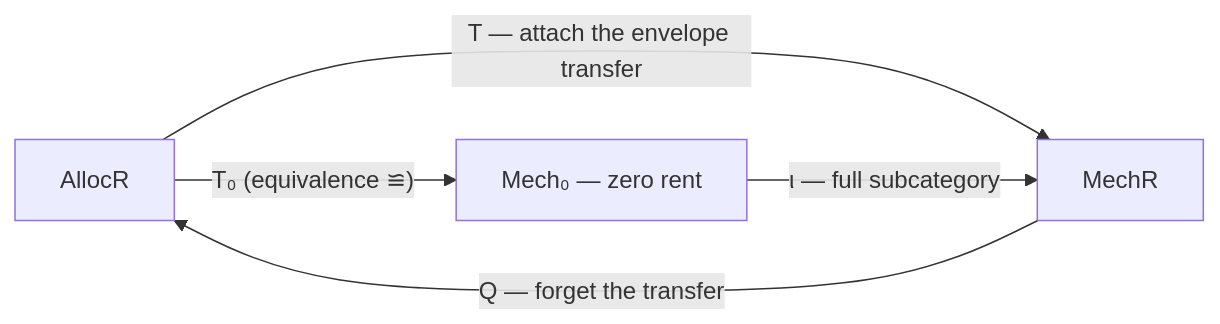
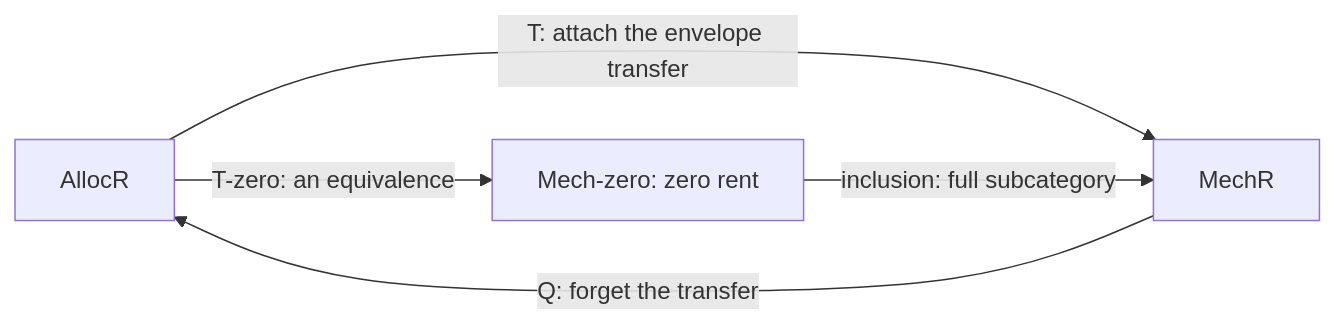
Before and after one commit to sanderrenes/myerson-mirrlees-adjunction-palomar-format: the third of 3 diagrams in README.md, drawn with Mermaid. The commit also changed other lines of this file and 1 other file, not shown here.

First line of the commit message:
README: simplify Mermaid graphs so edges render on GitHub

````diff
--- a/README.md
+++ b/README.md
@@ -182,10 +191,10 @@
 ```mermaid
 flowchart LR
     A["AllocR"]
-    Z["Mech₀ — zero rent"]
+    Z["Mech-zero: zero rent"]
     M["MechR"]
-    A -- "T — attach the envelope transfer" --> M
-    M -- "Q — forget the transfer" --> A
-    A -- "T₀  (equivalence ≌)" --> Z
-    Z -- "ι — full subcategory" --> M
+    A -->|"T: attach the envelope transfer"| M
+    M -->|"Q: forget the transfer"| A
+    A -->|"T-zero: an equivalence"| Z
+    Z -->|"inclusion: full subcategory"| M
 ```
````
